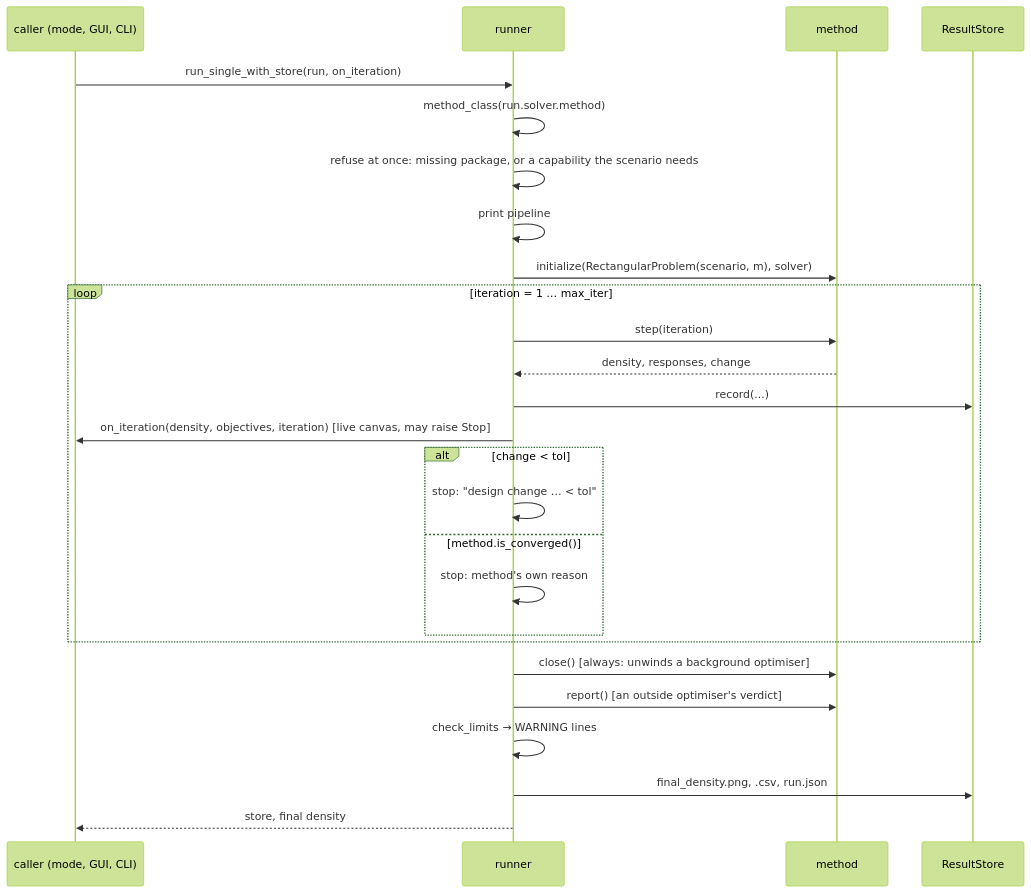
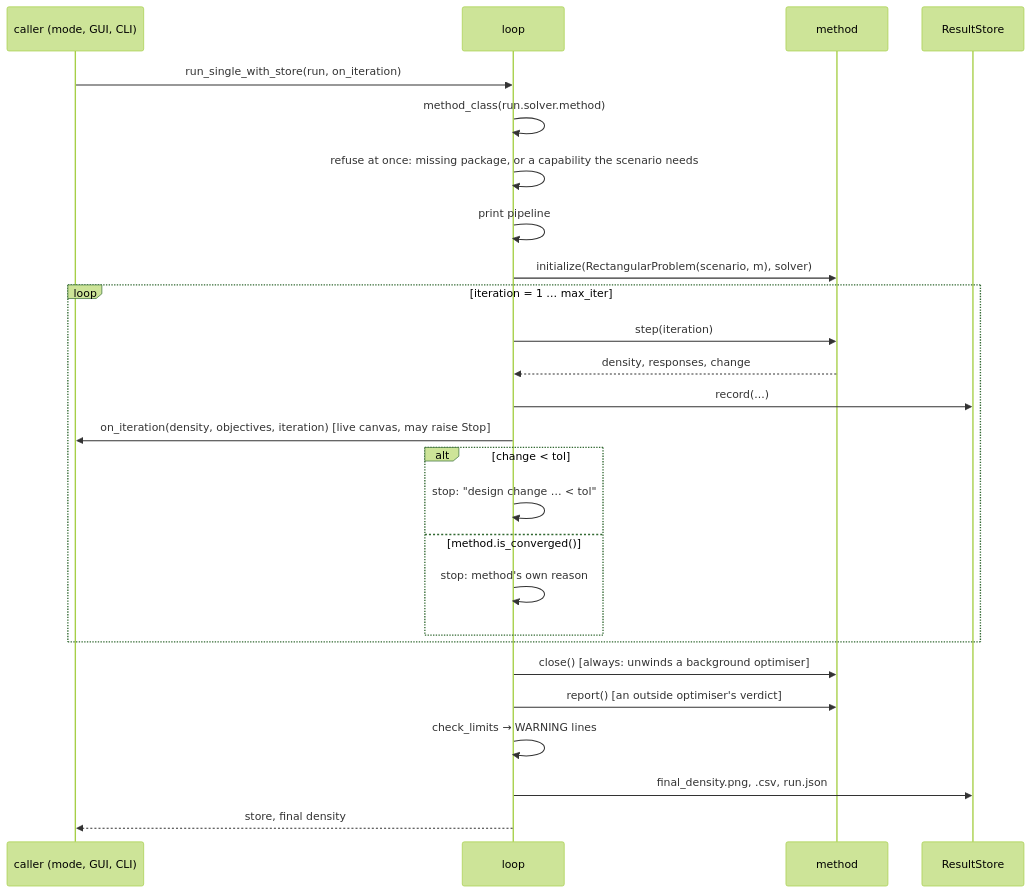
One commit to Toporia/Toporia-launcher changed the second of 3 diagrams in toporia/engine/README.md. Above: the diagram before and after it, drawn with Mermaid (forest theme). The commit also changed other lines of this file and 83 other files, not shown here.

````diff
--- a/toporia/engine/README.md
+++ b/toporia/engine/README.md
@@ -72,28 +73,28 @@
 ```mermaid
 sequenceDiagram
     participant C as caller (mode, GUI, CLI)
-    participant R as runner
+    participant R as loop
     participant M as method
     participant S as ResultStore
     C->>R: run_single_with_store(run, on_iteration)
     R->>R: method_class(run.solver.method)
     R->>R: refuse at once: missing package, or a capability the scenario needs
     R->>R: print pipeline
     R->>M: initialize(RectangularProblem(scenario, m), solver)
     loop iteration = 1 … max_iter
         R->>M: step(iteration)
         M-->>R: density, responses, change
         R->>S: record(...)
         R->>C: on_iteration(density, objectives, iteration)  [live canvas, may raise Stop]
         alt change < tol
             R->>R: stop: "design change … < tol"
         else method.is_converged()
             R->>R: stop: method's own reason
         end
     end
     R->>M: close()  [always: unwinds a background optimiser]
     R->>M: report()  [an outside optimiser's verdict]
     R->>R: check_limits → WARNING lines
     R->>S: final_density.png, .csv, run.json
     R-->>C: store, final density
 ```
````
